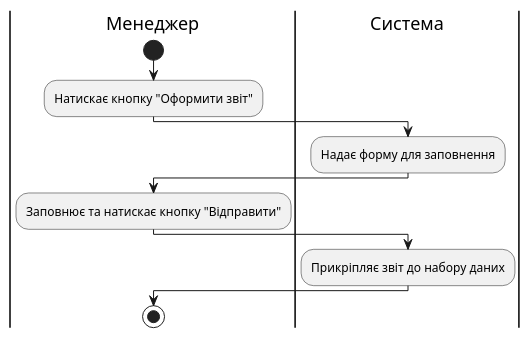
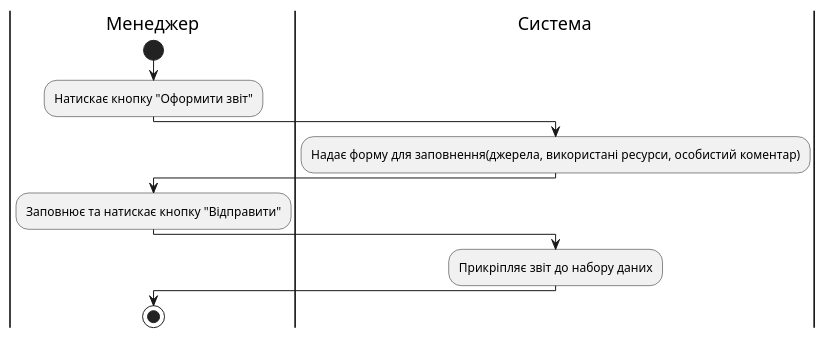
The diagram in src/uml/UC7.puml (anrikolo/obd), drawn with PlantUML before and after one commit.

```diff
--- a/src/uml/UC7.puml
+++ b/src/uml/UC7.puml
@@ -2,14 +2,14 @@
 @startuml
 
     |Менеджер|
     start
     :Натискає кнопку "Оформити звіт";
     |Система|
-    :Надає форму для заповнення;
+    :Надає форму для заповнення(джерела, використані ресурси, особистий коментар);
     |Менеджер|
     :Заповнює та натискає кнопку "Відправити";
     |Система|
     :Прикріпляє звіт до набору даних;
         |Менеджер|
     stop;
 @enduml
```
